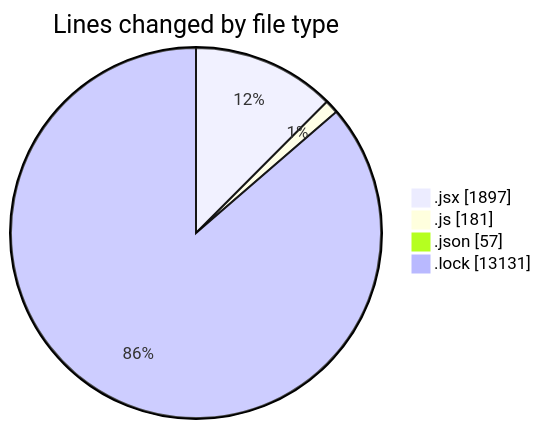
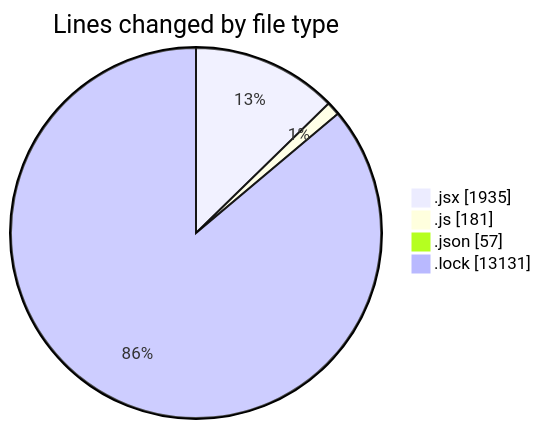
The first of 2 diagrams in 2026-02-10/cda/README.md (momahboobian/code-tracking), drawn with Mermaid before and after one commit. The commit also changed other lines of this file and 1 other file, not shown here.

````diff
--- a/2026-02-10/cda/README.md
+++ b/2026-02-10/cda/README.md
@@ -33,8 +34,8 @@
 ```mermaid
 pie showData
 title Lines changed by file type
-".jsx" : 1897
+".jsx" : 1935
 ".js" : 181
 ".json" : 57
 ".lock" : 13131
 ```
````
